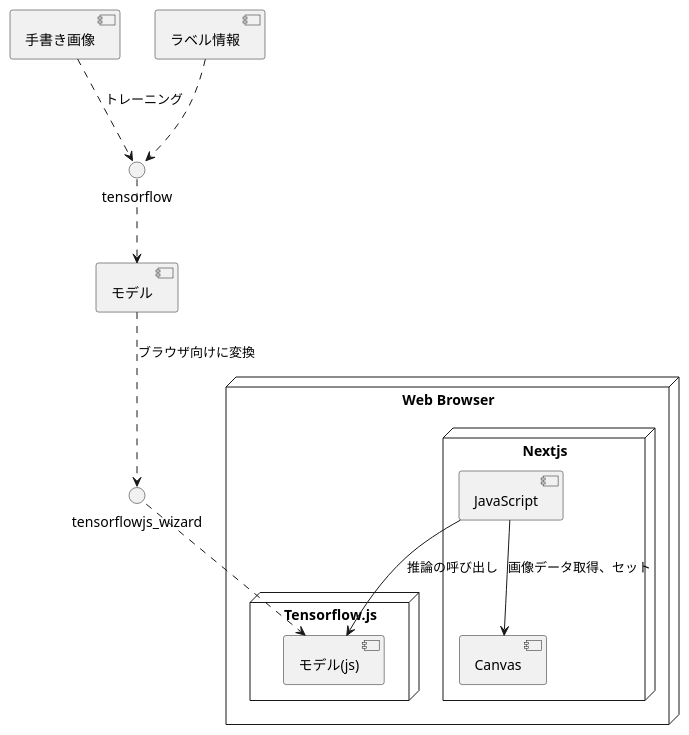
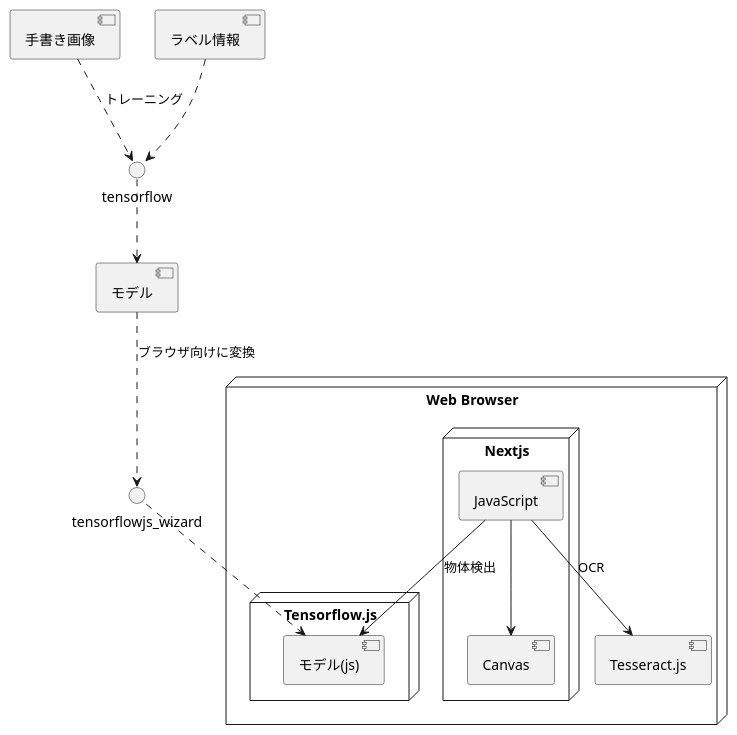
One commit to n-fukuju/shakyo changed the fourth of 4 diagrams in diagram/component.pu. Above: the diagram before and after it, drawn with PlantUML. The commit also changed 1 other file, not shown here.

```diff
--- a/diagram/component.pu
+++ b/diagram/component.pu
@@ -47,20 +47,22 @@
 @startuml drawer
 node "Web Browser" {
   node "Nextjs" {
     [JavaScript]
     [Canvas]
   }
   node "Tensorflow.js" {
     [モデル(js)]
   }
+  [Tesseract.js]
 }
-[JavaScript] --> [Canvas]: 画像データ取得、セット
-[JavaScript] --> [モデル(js)]: 推論の呼び出し
+[JavaScript] --> [Canvas]
+[JavaScript] --> [モデル(js)]: 物体検出
+[JavaScript] --> [Tesseract.js]: OCR
 
 [手書き画像] ..> tensorflow: トレーニング
 [ラベル情報] ..> tensorflow
 tensorflow ..> [モデル]
 [モデル] ..> tensorflowjs_wizard: ブラウザ向けに変換
 tensorflowjs_wizard ..> [モデル(js)]
 
 @enduml
```
